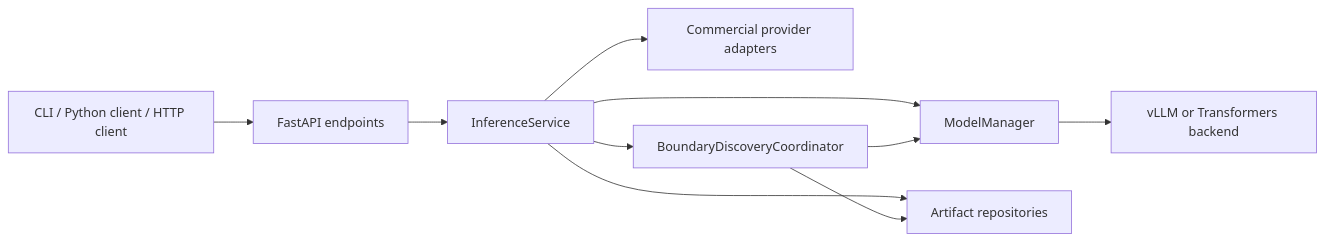
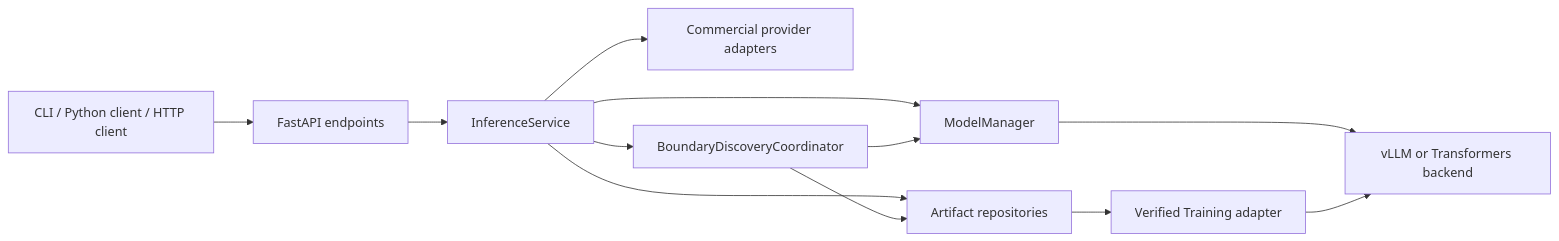
The first of 6 diagrams in docs/architecture.md (cognityx/cognityx-inference), drawn with Mermaid before and after one commit. The commit also changed other lines of this file and 34 other files, not shown here.

````diff
--- a/docs/architecture.md
+++ b/docs/architecture.md
@@ -14,12 +14,14 @@
 ```mermaid
 flowchart LR
     Client[CLI / Python client / HTTP client] --> API[FastAPI endpoints]
     API --> Service[InferenceService]
     Service --> Providers[Commercial provider adapters]
     Service --> Manager[ModelManager]
     Manager --> LocalBackends[vLLM or Transformers backend]
     Service --> Storage[Artifact repositories]
+    Storage --> Adapter[Verified Training adapter]
+    Adapter --> LocalBackends
     Service --> Discovery[BoundaryDiscoveryCoordinator]
     Discovery --> Storage
     Discovery --> Manager
 ```
````
